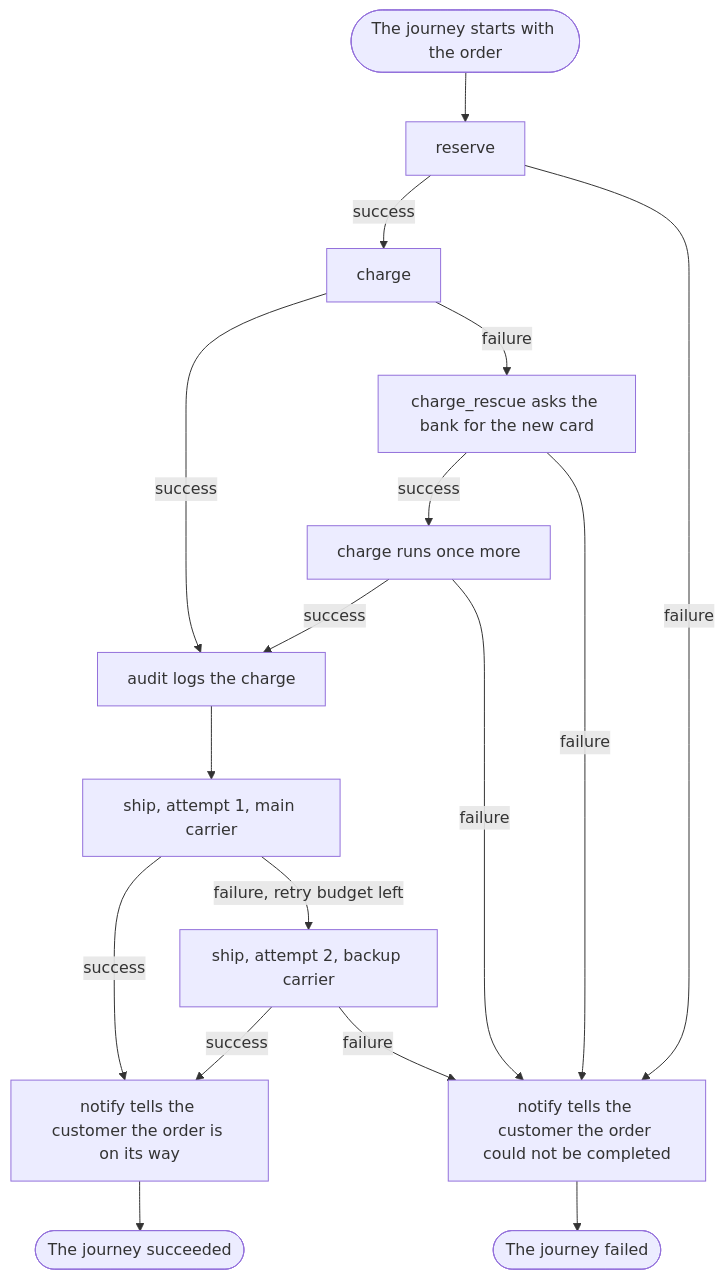
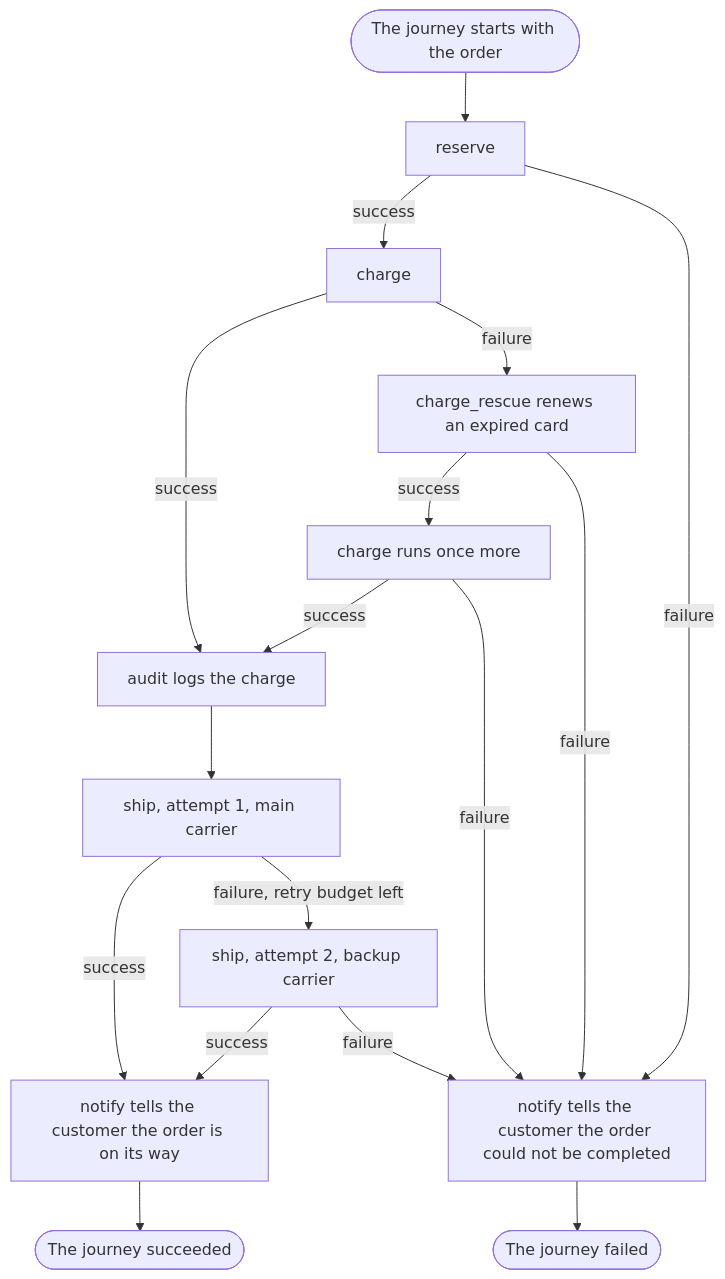
One commit to itinera-dev/book changed the diagram in typescript/chapters/02-the-big-picture.md. Above: the diagram before and after it, drawn with Mermaid. The commit also changed 15 other files, not shown here.

````diff
--- a/typescript/chapters/02-the-big-picture.md
+++ b/typescript/chapters/02-the-big-picture.md
@@ -61,21 +61,21 @@
 ```mermaid
 flowchart TD
   accTitle: A journey through the shop
   accDescr: The journey reserves the goods, then charges the card. A successful charge is audited, then the order is shipped. A failed charge is rescued by charge_rescue; when the rescue succeeds the charge runs once more, and when the rescue or the second charge fails the journey fails. Shipping is tried with the main carrier; when it cannot take the parcel, shipping is tried once more with the backup carrier. When shipping succeeds, notify tells the customer and the journey succeeds. Any failure that is not repaired leads notify to tell the customer, and the journey fails.
   start([The journey starts with the order]) --> reserve[reserve]
   reserve -- success --> charge[charge]
   reserve -- failure --> told_failed[notify tells the customer the order could not be completed]
   charge -- success --> audit[audit logs the charge]
-  charge -- failure --> rescue[charge_rescue asks the bank for the new card]
+  charge -- failure --> rescue[charge_rescue renews an expired card]
   rescue -- success --> again[charge runs once more]
   rescue -- failure --> told_failed
   again -- success --> audit
   again -- failure --> told_failed
   audit --> ship[ship, attempt 1, main carrier]
   ship -- success --> told_shipped[notify tells the customer the order is on its way]
   ship -- failure, retry budget left --> ship2[ship, attempt 2, backup carrier]
   ship2 -- success --> told_shipped
   ship2 -- failure --> told_failed
   told_shipped --> succeeded([The journey succeeded])
   told_failed --> failed([The journey failed])
 ```
````
